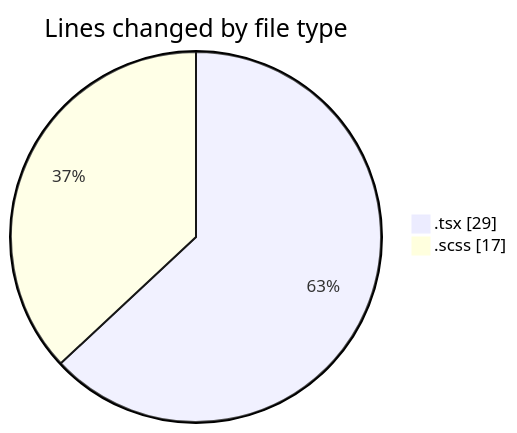
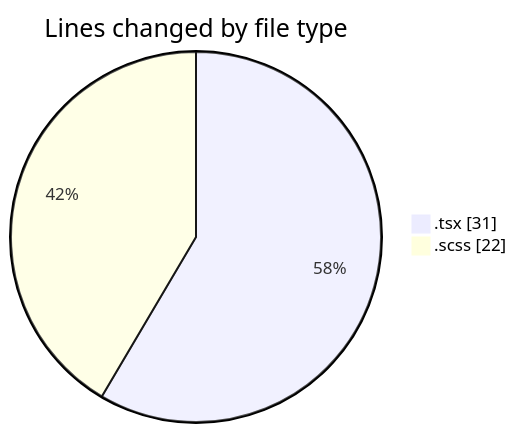
Before and after one commit to momahboobian/code-tracking: the first of 2 diagrams in 2025-04-09/cda/README.md, drawn with Mermaid. The commit also changed other lines of this file and 1 other file, not shown here.

````diff
--- a/2025-04-09/cda/README.md
+++ b/2025-04-09/cda/README.md
@@ -21,6 +22,6 @@
 ```mermaid
 pie showData
 title Lines changed by file type
-".tsx" : 29
-".scss" : 17
+".tsx" : 31
+".scss" : 22
 ```
````
